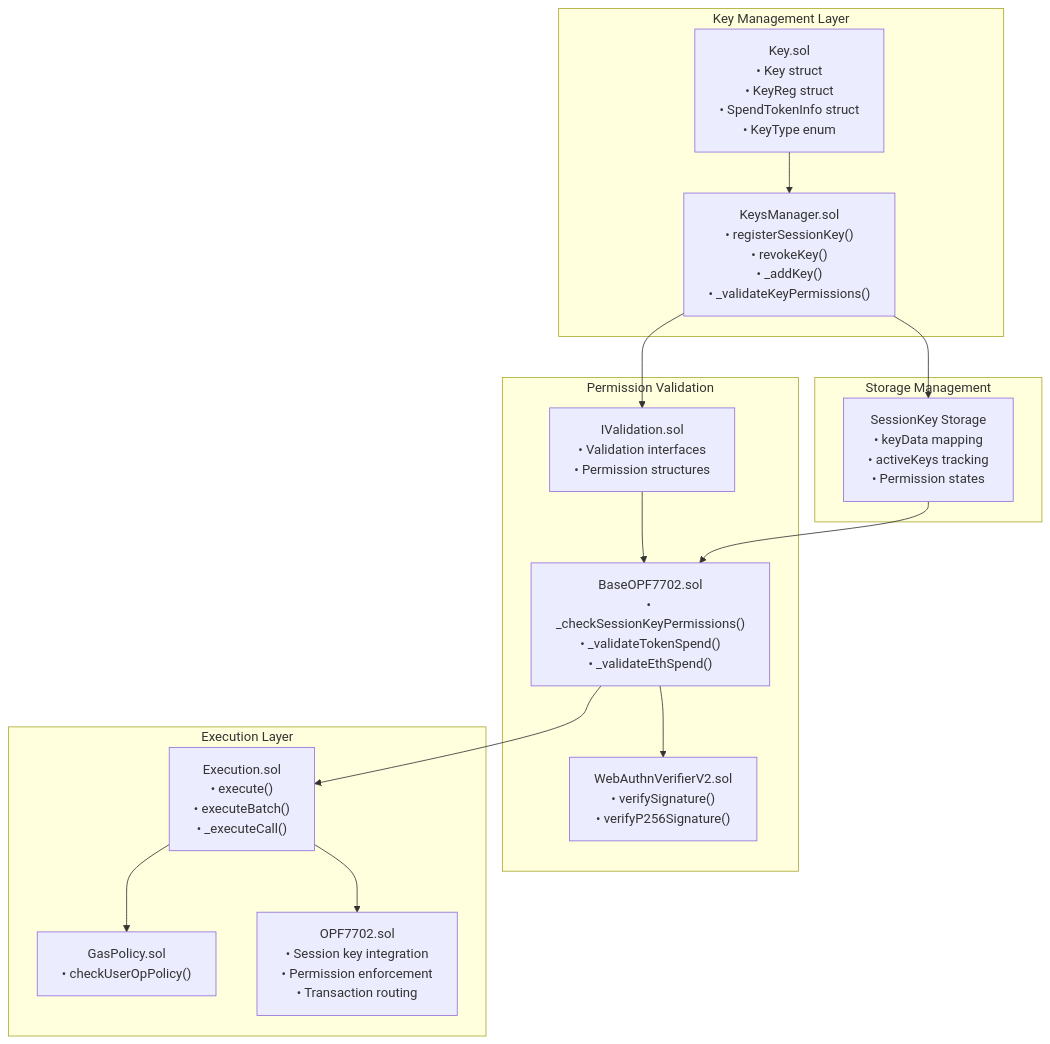
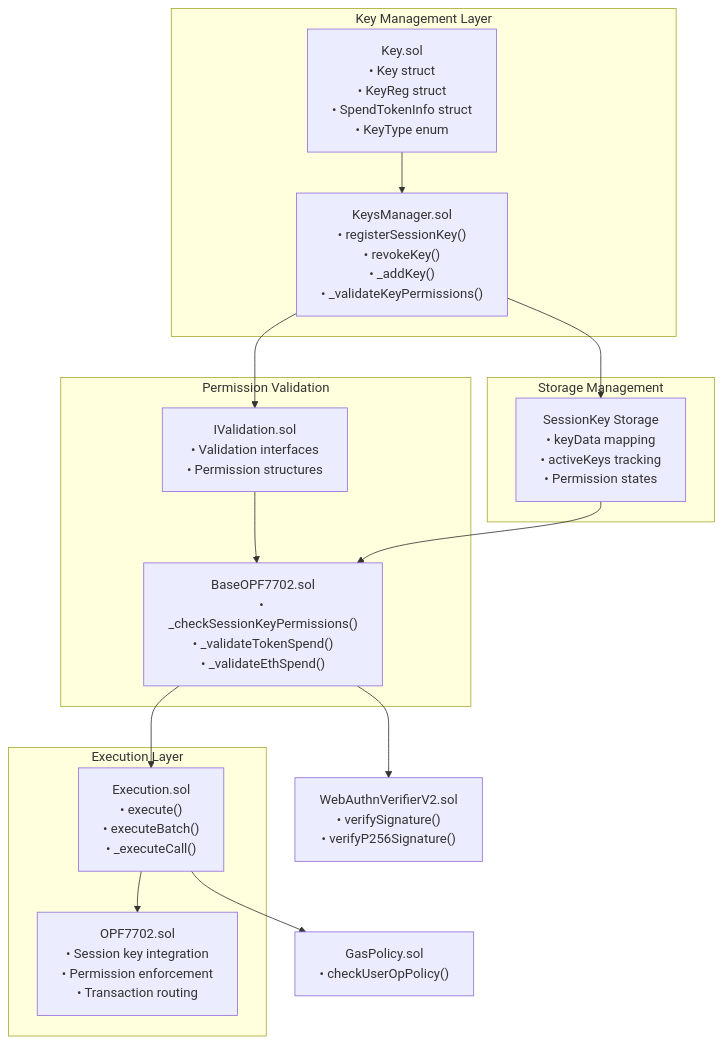
One commit to openfort-xyz/openfort-7702-account changed the diagram in docs/SessionKeys.md. Above: the diagram before and after it, drawn with Mermaid.

Commit message:
(docs): SessionKeys.md

````diff
--- a/docs/SessionKeys.md
+++ b/docs/SessionKeys.md
@@ -9,37 +9,39 @@
 ```mermaid
 flowchart TD
     subgraph "Key Management Layer"
         KeyStructures["Key.sol<br/>• Key struct<br/>• KeyReg struct<br/>• SpendTokenInfo struct<br/>• KeyType enum"]
         KeysManager["KeysManager.sol<br/>• registerSessionKey()<br/>• revokeKey()<br/>• _addKey()<br/>• _validateKeyPermissions()"]
     end
     
     subgraph "Permission Validation"
         ValidationCore["IValidation.sol<br/>• Validation interfaces<br/>• Permission structures"]
         PermissionChecks["BaseOPF7702.sol<br/>• _checkSessionKeyPermissions()<br/>• _validateTokenSpend()<br/>• _validateEthSpend()"]
-        WebAuthnVerifier["WebAuthnVerifierV2.sol<br/>• verifySignature()<br/>• verifyP256Signature()"]
     end
     
     subgraph "Storage Management"
         SessionKeyData["SessionKey Storage<br/>• keyData mapping<br/>• activeKeys tracking<br/>• Permission states"]
     end
     
     subgraph "Execution Layer"
         ExecutionEngine["Execution.sol<br/>• execute()<br/>• executeBatch()<br/>• _executeCall()"]
-        GasPolicy["GasPolicy.sol<br/>• checkUserOpPolicy()"]
         MainAccount["OPF7702.sol<br/>• Session key integration<br/>• Permission enforcement<br/>• Transaction routing"]
     end
+
+    %% Separate components
+    WebAuthnVerifier["WebAuthnVerifierV2.sol<br/>• verifySignature()<br/>• verifyP256Signature()"]
+    GasPolicy["GasPolicy.sol<br/>• checkUserOpPolicy()"]
 
     %% Flow connections
     KeyStructures --> KeysManager
     KeysManager --> ValidationCore
     KeysManager --> SessionKeyData
     
     ValidationCore --> PermissionChecks
     SessionKeyData --> PermissionChecks
     
     PermissionChecks --> WebAuthnVerifier
     PermissionChecks --> ExecutionEngine
     
     ExecutionEngine --> GasPolicy
     ExecutionEngine --> MainAccount
 ```
````
